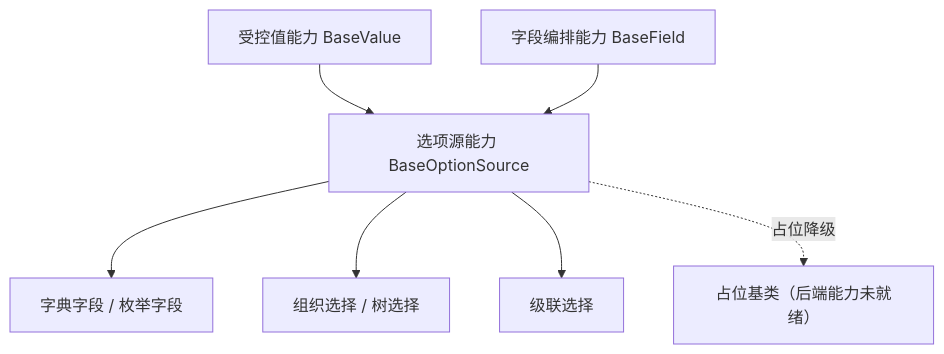
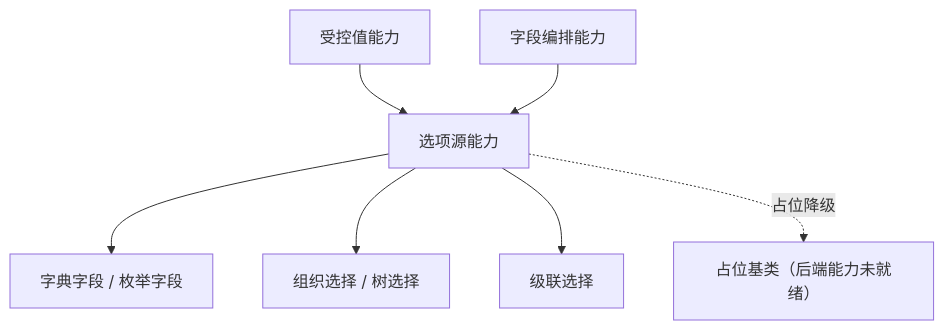
Before and after one commit to minjian123/basic-management-system: the diagram in bms文档/设计/组件设计/02_基础组件类/02_能力类/12_组件设计_选项源能力/12_组件设计_选项源能力.md, drawn with Mermaid. The commit also changed other lines of this file and 238 other files, not shown here.

````diff
--- a/bms文档/设计/组件设计/02_基础组件类/02_能力类/12_组件设计_选项源能力/12_组件设计_选项源能力.md
+++ b/bms文档/设计/组件设计/02_基础组件类/02_能力类/12_组件设计_选项源能力/12_组件设计_选项源能力.md
@@ -15,9 +16,9 @@
 ```mermaid
 flowchart TD
-    V["受控值能力 BaseValue"] --> OS["选项源能力 BaseOptionSource"]
-    F["字段编排能力 BaseField"] --> OS
+    V["受控值能力"] --> OS["选项源能力"]
+    F["字段编排能力"] --> OS
     OS --> D["字典字段 / 枚举字段"]
     OS --> O["组织选择 / 树选择"]
     OS --> C["级联选择"]
     OS -. 占位降级 .-> PH["占位基类（后端能力未就绪）"]
 ```
````
